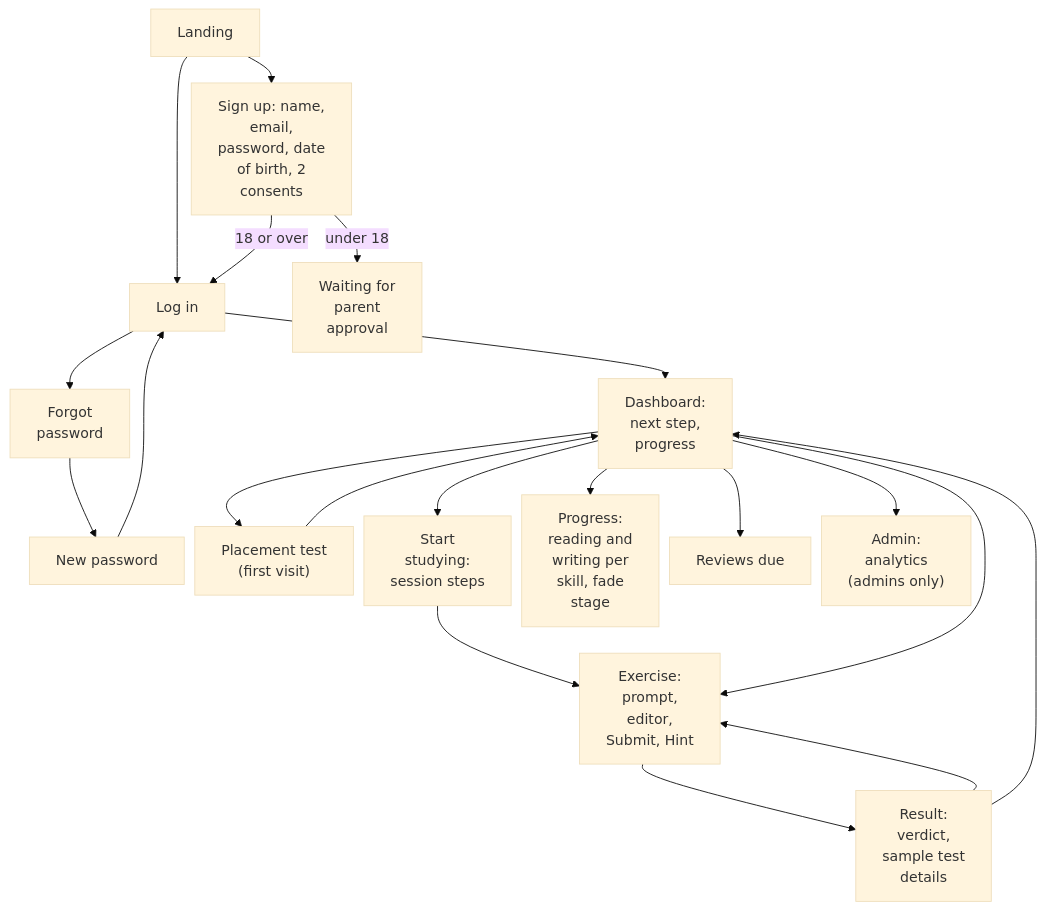
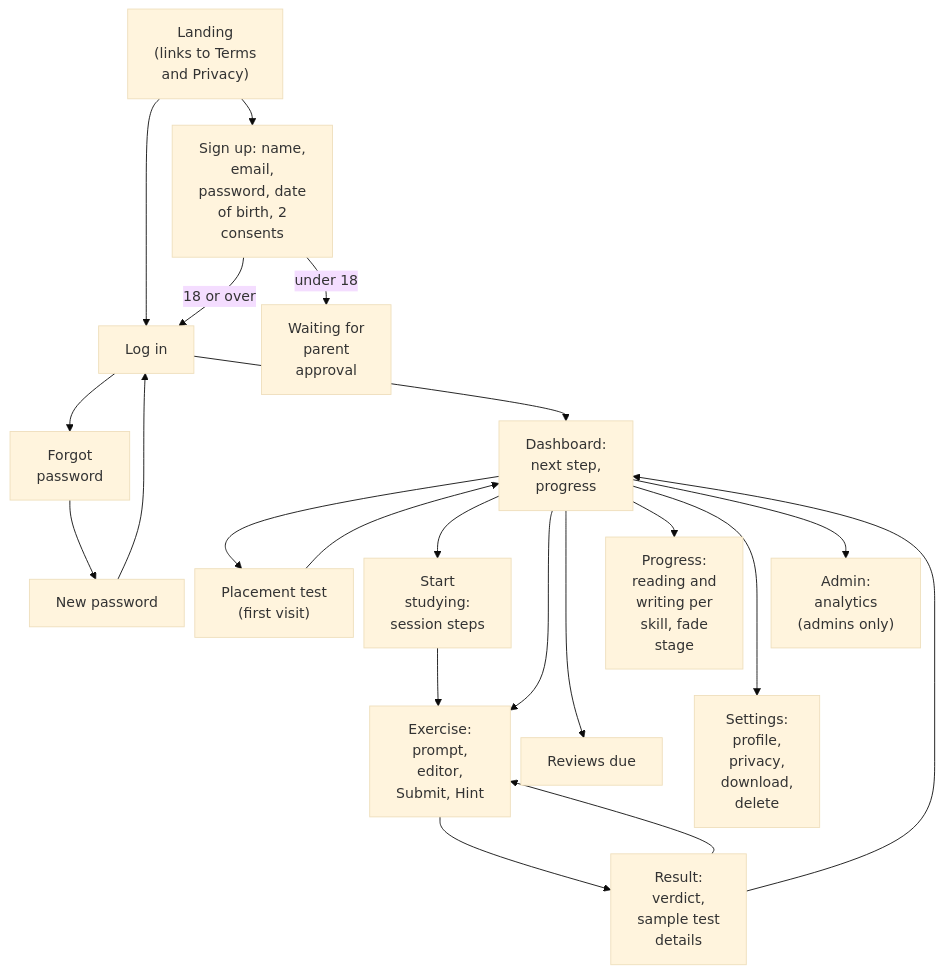
One commit to Nidanos/ai-tutor-platform changed diagram 22 of 24 in DOCS/phase-3/MP3-Draft-Report.md. Above: the diagram before and after it, drawn with Mermaid (base theme). The commit also changed other lines of this file and 1 other file, not shown here.

````diff
--- a/DOCS/phase-3/MP3-Draft-Report.md
+++ b/DOCS/phase-3/MP3-Draft-Report.md
@@ -1648,28 +1739,31 @@
 ```mermaid
 ---
 config:
   flowchart:
     nodeSpacing: 12
     rankSpacing: 30
 ---
 flowchart TD
-  L["Landing"] --> R["Sign up: name,<br/>email,<br/>password, date<br/>of birth, 2<br/>consents"]
+  L["Landing<br/>(links to Terms<br/>and Privacy)"] --> R["Sign up: name,<br/>email,<br/>password, date<br/>of birth, 2<br/>consents"]
   L --> LI["Log in"]
   LI --> FP["Forgot<br/>password"]
   FP --> RP["New password"]
   RP --> LI
   R -->|18 or over| LI
   R -->|under 18| P["Waiting for<br/>parent<br/>approval"]
   LI --> D["Dashboard:<br/>next step,<br/>progress"]
   D --> DG["Placement test<br/>(first visit)"]
   DG --> D
   D --> SS["Start<br/>studying:<br/>session steps"]
   SS --> EX
   D --> EX["Exercise:<br/>prompt,<br/>editor,<br/>Submit, Hint"]
   EX --> RS["Result:<br/>verdict,<br/>sample test<br/>details"]
   RS --> EX
   RS --> D
   D --> PR["Progress:<br/>reading and<br/>writing per<br/>skill, fade<br/>stage"]
   D --> RV["Reviews due"]
   D --> AD["Admin:<br/>analytics<br/>(admins only)"]
+  D --> ST["Settings:<br/>profile,<br/>privacy,<br/>download,<br/>delete"]
+  PR ~~~ RV
+  AD ~~~ ST
 ```
````
